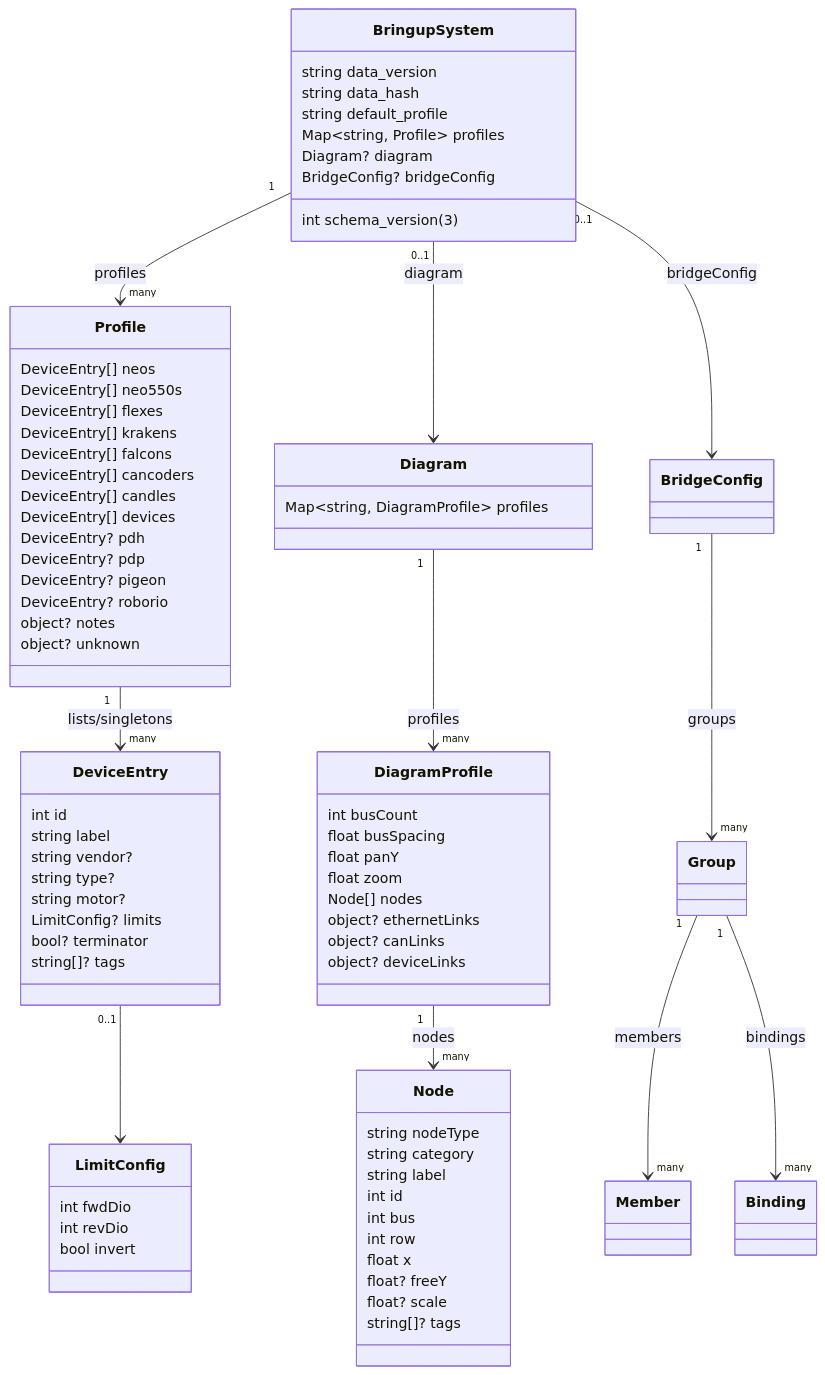
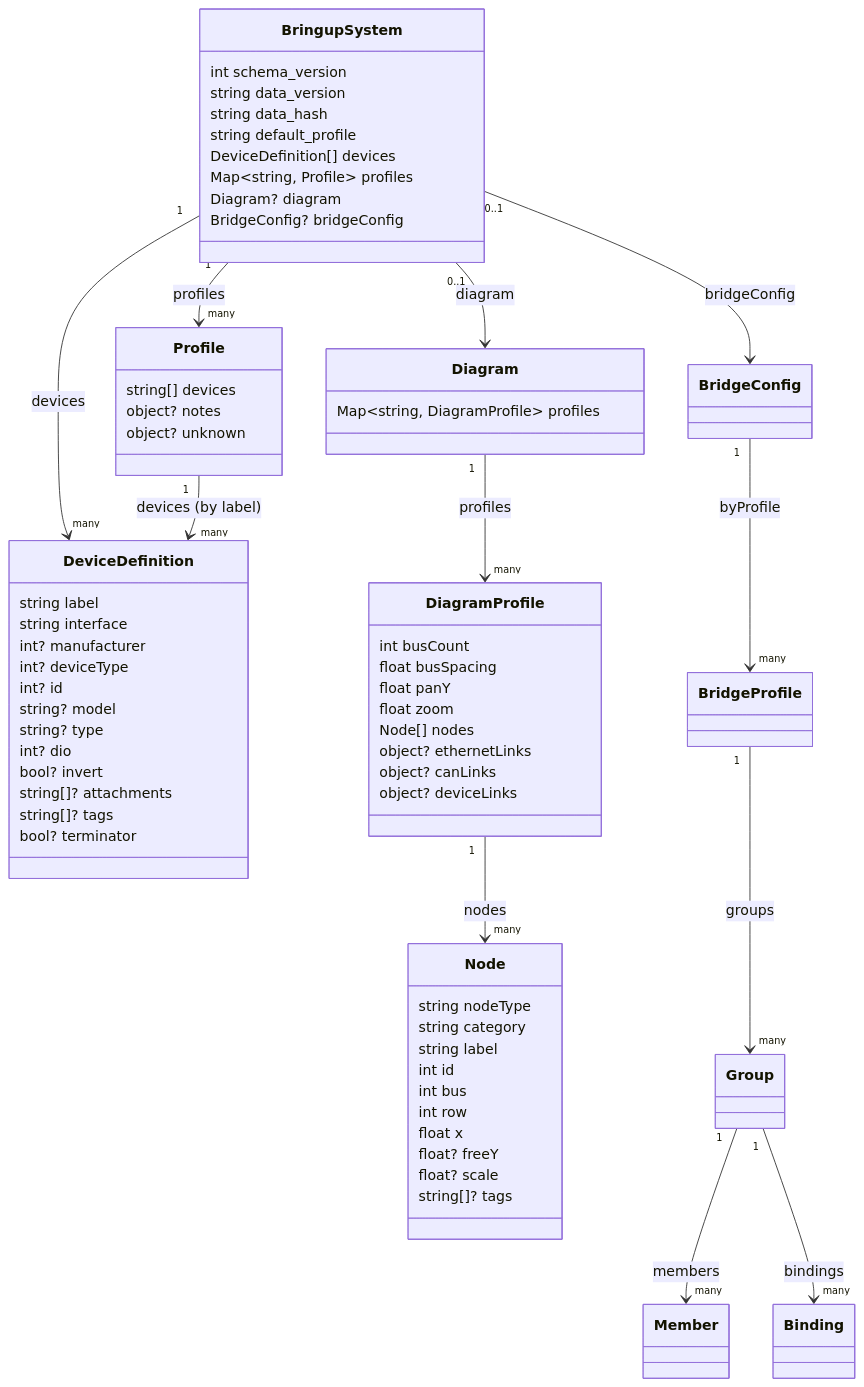
Before and after one commit to dmonachello/swerveBringupMotorTest1: the first of 2 diagrams in docs/bringup_profiles_schema.md, drawn with Mermaid. The commit also changed other lines of this file and 107 other files, not shown here.

Commit message:
Make groups per-profile with label-only IDs; extend CLI

````diff
--- a/docs/bringup_profiles_schema.md
+++ b/docs/bringup_profiles_schema.md
@@ -5,47 +5,35 @@
 ```mermaid
 classDiagram
     class BringupSystem {
-        int schema_version (3)
+        int schema_version
         string data_version
         string data_hash
         string default_profile
+        DeviceDefinition[] devices
         Map~string, Profile~ profiles
         Diagram? diagram
         BridgeConfig? bridgeConfig
     }
 
     class Profile {
-        DeviceEntry[] neos
-        DeviceEntry[] neo550s
-        DeviceEntry[] flexes
-        DeviceEntry[] krakens
-        DeviceEntry[] falcons
-        DeviceEntry[] cancoders
-        DeviceEntry[] candles
-        DeviceEntry[] devices
-        DeviceEntry? pdh
-        DeviceEntry? pdp
-        DeviceEntry? pigeon
-        DeviceEntry? roborio
+        string[] devices
         object? notes
         object? unknown
     }
 
-    class DeviceEntry {
-        int id
+    class DeviceDefinition {
         string label
-        string vendor?
-        string type?
-        string motor?
-        LimitConfig? limits
+        string interface
+        int? manufacturer
+        int? deviceType
+        int? id
+        string? model
+        string? type
+        int? dio
+        bool? invert
+        string[]? attachments
+        string[]? tags
         bool? terminator
-        string[]? tags
-    }
-
-    class LimitConfig {
-        int fwdDio
-        int revDio
-        bool invert
     }
 
     class Diagram {
@@ -77,13 +65,14 @@
     }
 
     BringupSystem "1" --> "many" Profile : profiles
-    Profile "1" --> "many" DeviceEntry : lists/singletons
-    DeviceEntry "0..1" --> LimitConfig
+    BringupSystem "1" --> "many" DeviceDefinition : devices
+    Profile "1" --> "many" DeviceDefinition : devices (by label)
     BringupSystem "0..1" --> Diagram : diagram
     Diagram "1" --> "many" DiagramProfile : profiles
     DiagramProfile "1" --> "many" Node : nodes
     BringupSystem "0..1" --> BridgeConfig : bridgeConfig
-    BridgeConfig "1" --> "many" Group : groups
+    BridgeConfig "1" --> "many" BridgeProfile : byProfile
+    BridgeProfile "1" --> "many" Group : groups
     Group "1" --> "many" Member : members
     Group "1" --> "many" Binding : bindings
 ```
````
